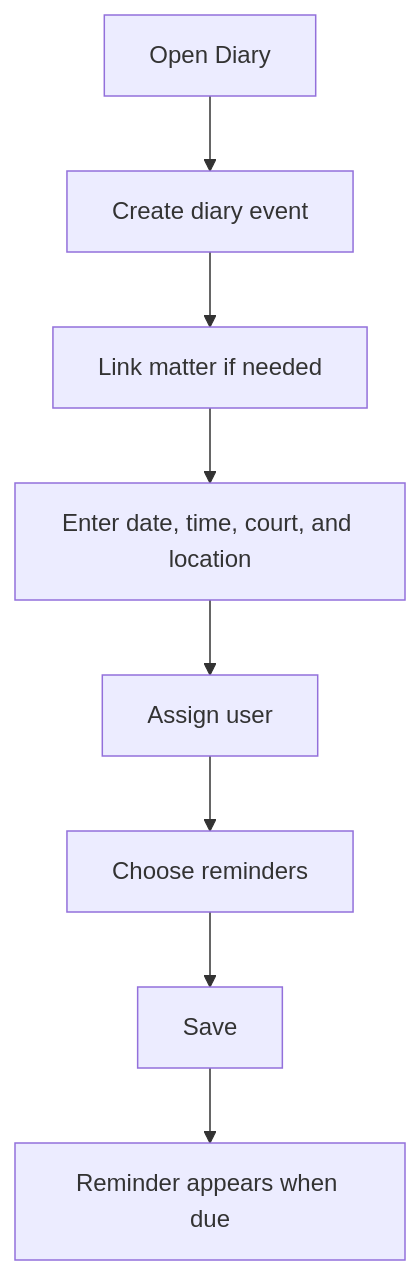
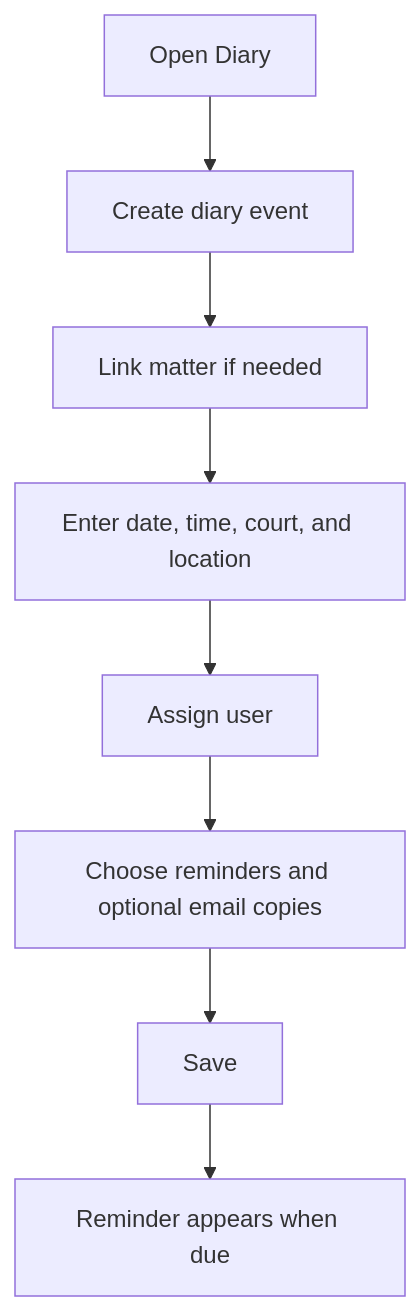
The ninth of 11 diagrams in docs/end-user-manual.md (BarasaK/wakilidesk), drawn with Mermaid before and after one commit. The commit also changed other lines of this file and 11 other files, not shown here.

````diff
--- a/docs/end-user-manual.md
+++ b/docs/end-user-manual.md
@@ -369,10 +369,10 @@
 ```mermaid
 flowchart TD
     A[Open Diary] --> B[Create diary event]
     B --> C[Link matter if needed]
     C --> D[Enter date, time, court, and location]
     D --> E[Assign user]
-    E --> F[Choose reminders]
+    E --> F[Choose reminders and optional email copies]
     F --> G[Save]
     G --> H[Reminder appears when due]
 ```
````
